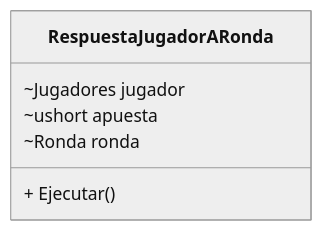
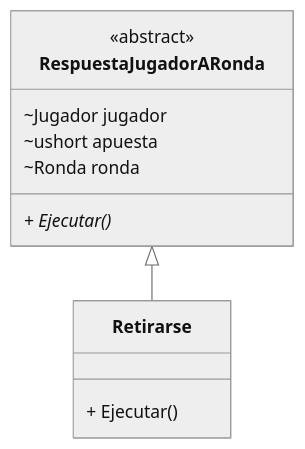
One commit to luchoxx87/Poker12 changed the diagram in Poker12.Core/LogicaRonda/README.md. Above: the diagram before and after it, drawn with Mermaid (neutral theme). The commit also changed other lines of this file, not shown here.

````diff
--- a/Poker12.Core/LogicaRonda/README.md
+++ b/Poker12.Core/LogicaRonda/README.md
@@ -2,11 +5,14 @@
 ```mermaid
 classDiagram
-
     class RespuestaJugadorARonda{
-        ~Jugadores jugador
+        <<abstract>>
+        ~Jugador jugador
         ~ushort apuesta
         ~Ronda ronda
+        + Ejecutar()*
+    }
+    class Retirarse{
         + Ejecutar()
     }
-
+    RespuestaJugadorARonda <|-- Retirarse
 ```
````
